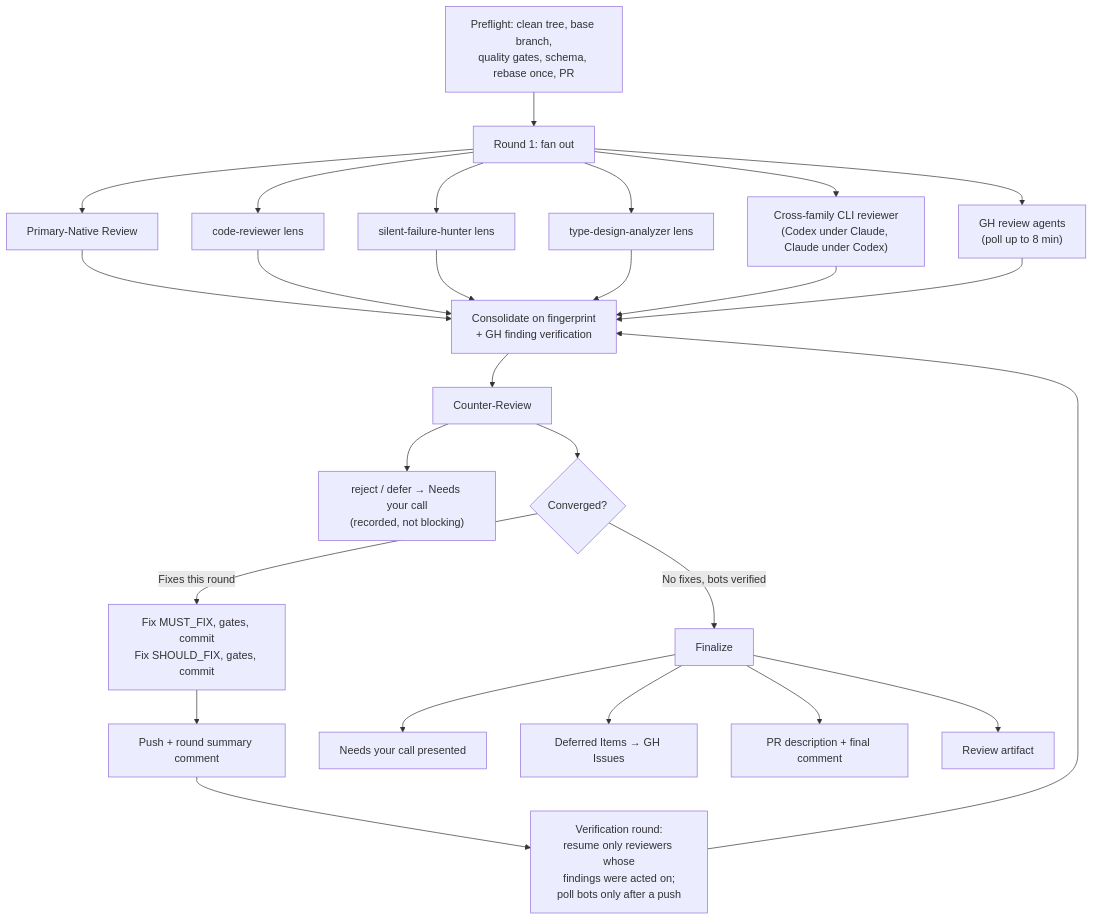
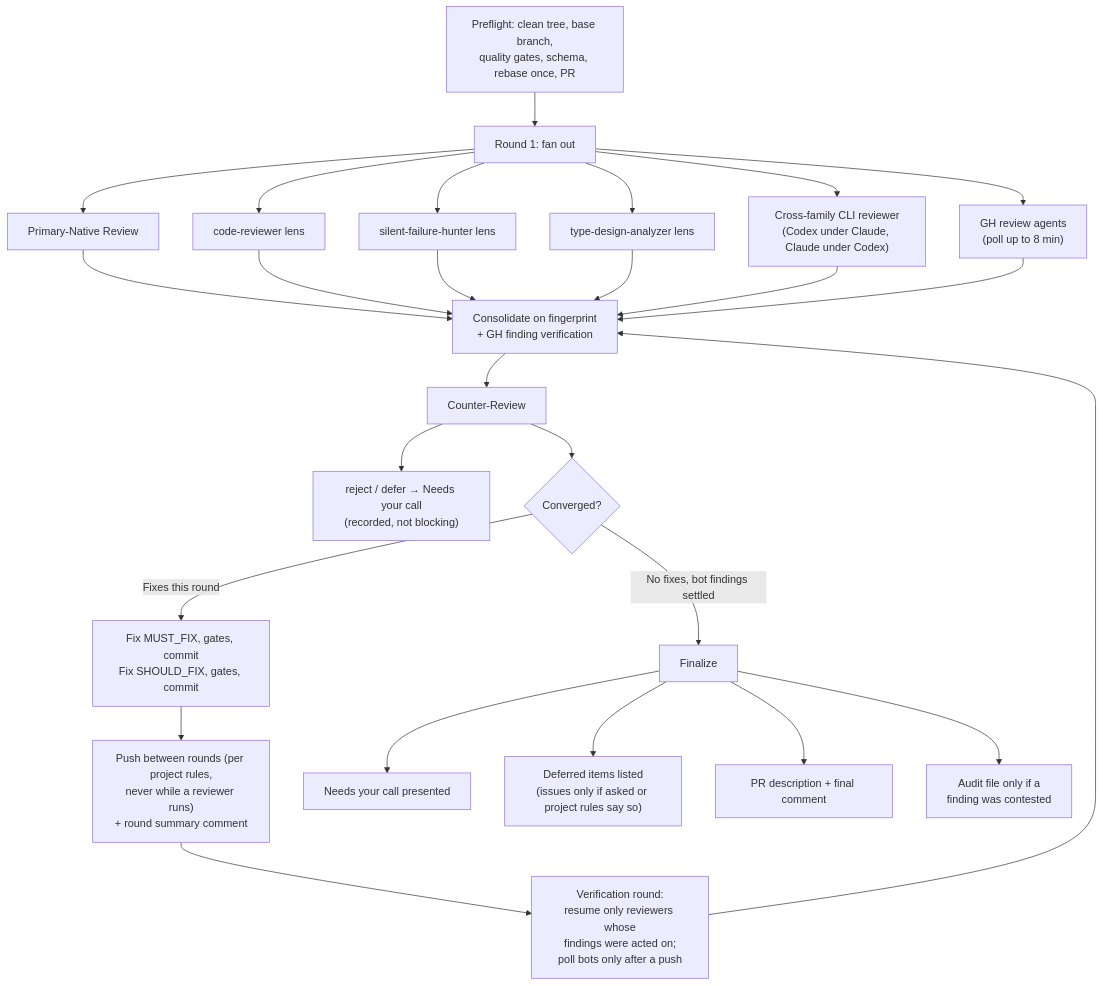
One commit to anbuneel/agentic-engineering changed the first of 8 diagrams in docs/SKILLS_GUIDE.md. Above: the diagram before and after it, drawn with Mermaid. The commit also changed other lines of this file and 10 other files, not shown here.

First line of the commit message:
fix: make review skills follow the host project's git and review rules

````diff
--- a/docs/SKILLS_GUIDE.md
+++ b/docs/SKILLS_GUIDE.md
@@ -27,25 +27,29 @@
 ```mermaid
 graph TD
     A["Preflight: clean tree, base branch,\nquality gates, schema, rebase once, PR"] --> B[Round 1: fan out]
 
     B --> B0[Primary-Native Review]
     B --> B1[code-reviewer lens]
     B --> B2[silent-failure-hunter lens]
     B --> B3[type-design-analyzer lens]
     B --> B4["Cross-family CLI reviewer\n(Codex under Claude, Claude under Codex)"]
     B --> B5["GH review agents\n(poll up to 8 min)"]
     B0 & B1 & B2 & B3 & B4 & B5 --> C["Consolidate on fingerprint\n+ GH finding verification"]
     C --> D[Counter-Review]
     D --> D1["reject / defer → Needs your call\n(recorded, not blocking)"]
     D --> E{Converged?}
     E -- "Fixes this round" --> F["Fix MUST_FIX, gates, commit\nFix SHOULD_FIX, gates, commit"]
-    F --> G[Push + round summary comment]
+    F --> G["Push between rounds (per project rules,
+never while a reviewer runs)
++ round summary comment"]
     G --> H["Verification round:\nresume only reviewers whose\nfindings were acted on;\npoll bots only after a push"]
     H --> C
 
-    E -- "No fixes, bots verified" --> I[Finalize]
+    E -- "No fixes, bot findings settled" --> I[Finalize]
     I --> J[Needs your call presented]
-    I --> K[Deferred Items → GH Issues]
+    I --> K["Deferred items listed
+(issues only if asked or project rules say so)"]
     I --> L[PR description + final comment]
-    I --> M[Review artifact]
+    I --> M["Audit file only if a
+finding was contested"]
 ```
````
